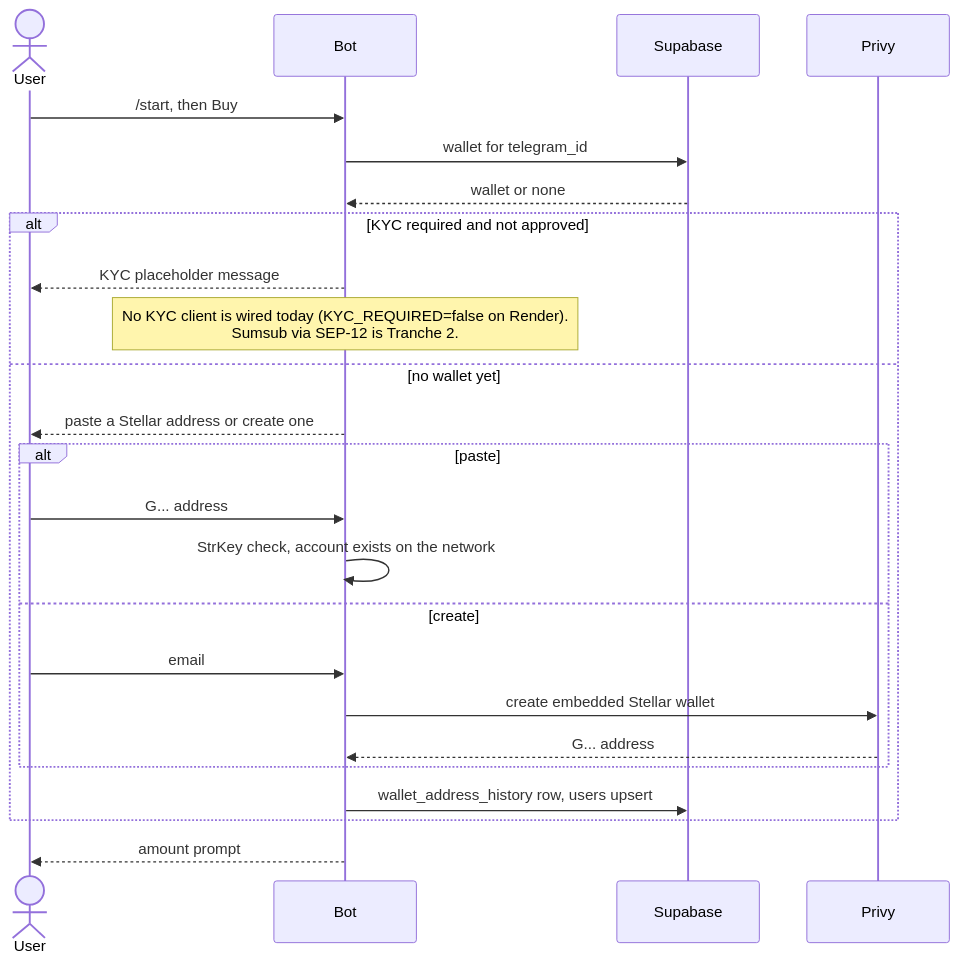
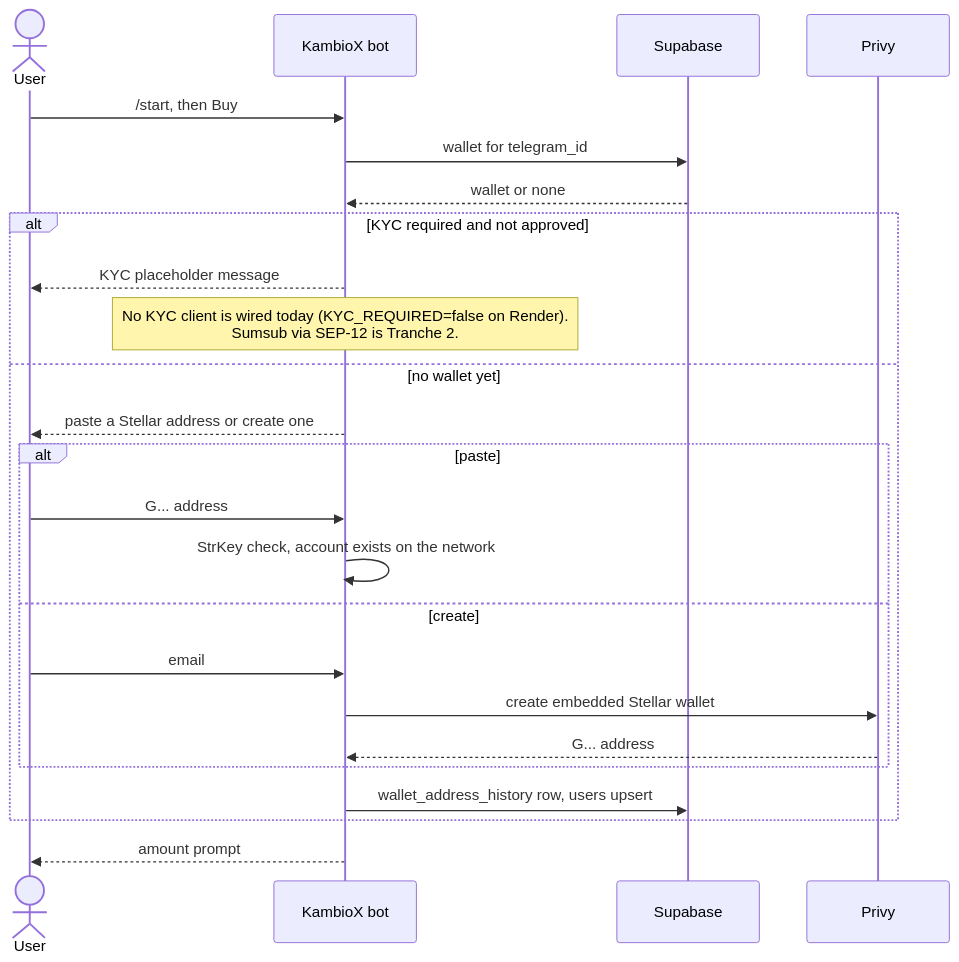
One commit to BreadchainCoop/curacao-crypto-onramp-bot changed the third of 8 diagrams in contracts/stellar/ARCHITECTURE.md. Above: the diagram before and after it, drawn with Mermaid. The commit also changed other lines of this file, not shown here.

Commit message:
docs(stellar): name the KambioX bot and backend in the diagrams

````diff
--- a/contracts/stellar/ARCHITECTURE.md
+++ b/contracts/stellar/ARCHITECTURE.md
@@ -68,27 +68,27 @@
 ```mermaid
 sequenceDiagram
   actor U as User
-  participant B as Bot
+  participant B as KambioX bot
   participant DB as Supabase
   participant P as Privy
 
   U->>B: /start, then Buy
   B->>DB: wallet for telegram_id
   DB-->>B: wallet or none
   alt KYC required and not approved
     B-->>U: KYC placeholder message
     Note over B: No KYC client is wired today (KYC_REQUIRED=false on Render).<br/>Sumsub via SEP-12 is Tranche 2.
   else no wallet yet
     B-->>U: paste a Stellar address or create one
     alt paste
       U->>B: G... address
       B->>B: StrKey check, account exists on the network
     else create
       U->>B: email
       B->>P: create embedded Stellar wallet
       P-->>B: G... address
     end
     B->>DB: wallet_address_history row, users upsert
   end
   B-->>U: amount prompt
 ```
````
